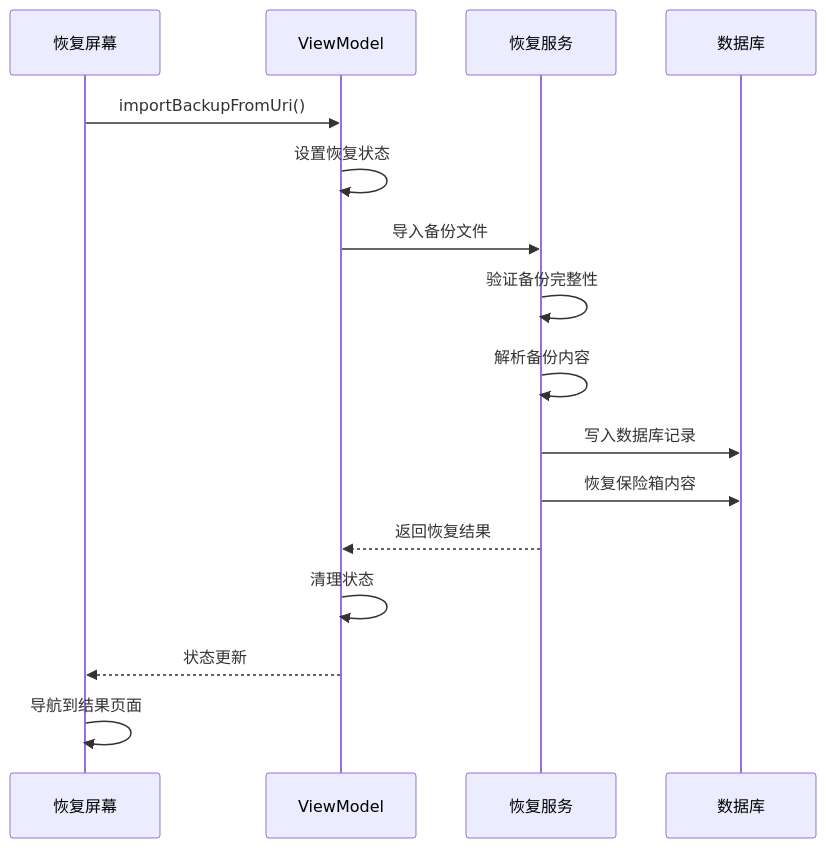
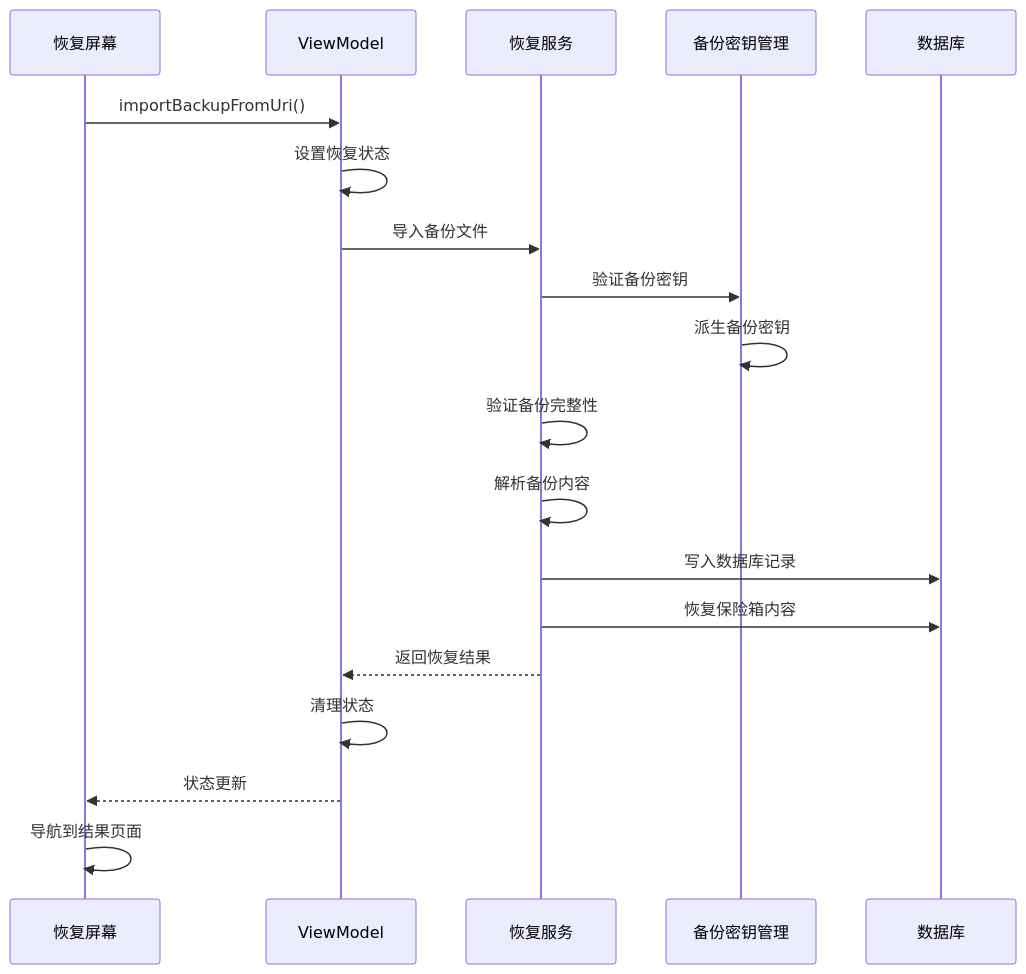
The sixth of 12 diagrams in .qoder/repowiki/zh/content/UI组件系统/备份进度界面.md (wanhongbo/ai-photo-vault), drawn with Mermaid before and after one commit. The commit also changed other lines of this file and 22 other files, not shown here.

````diff
--- a/.qoder/repowiki/zh/content/UI组件系统/备份进度界面.md
+++ b/.qoder/repowiki/zh/content/UI组件系统/备份进度界面.md
@@ -220,18 +246,21 @@
 ```mermaid
 sequenceDiagram
 participant Screen as 恢复屏幕
 participant VM as ViewModel
 participant Service as 恢复服务
+participant KeyMgr as 备份密钥管理
 participant DB as 数据库
 Screen->>VM : importBackupFromUri()
 VM->>VM : 设置恢复状态
 VM->>Service : 导入备份文件
+Service->>KeyMgr : 验证备份密钥
+KeyMgr->>KeyMgr : 派生备份密钥
 Service->>Service : 验证备份完整性
 Service->>Service : 解析备份内容
 Service->>DB : 写入数据库记录
 Service->>DB : 恢复保险箱内容
 Service-->>VM : 返回恢复结果
 VM->>VM : 清理状态
 VM-->>Screen : 状态更新
 Screen->>Screen : 导航到结果页面
 ```
````
